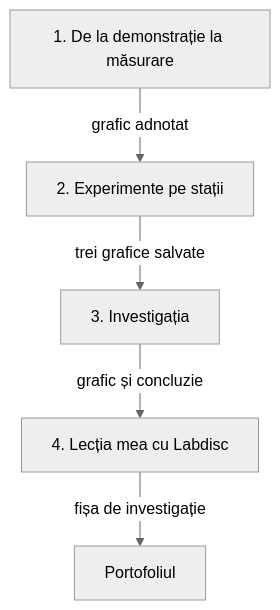
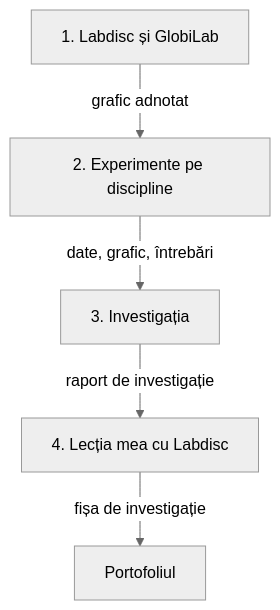
One commit to nudoarmetudor/ghid-labdisc changed the diagram in sursa/content/formare/index.md. Above: the diagram before and after it, drawn with Mermaid (neutral theme). The commit also changed other lines of this file and 31 other files, not shown here.

````diff
--- a/sursa/content/formare/index.md
+++ b/sursa/content/formare/index.md
@@ -13,7 +15,7 @@
 ```mermaid
 flowchart TD
-  S1["1. De la demonstrație la măsurare"] -->|"grafic adnotat"| S2["2. Experimente pe stații"]
-  S2 -->|"trei grafice salvate"| S3["3. Investigația"]
-  S3 -->|"grafic și concluzie"| S4["4. Lecția mea cu Labdisc"]
+  S1["1. Labdisc și GlobiLab"] -->|"grafic adnotat"| S2["2. Experimente pe discipline"]
+  S2 -->|"date, grafic, întrebări"| S3["3. Investigația"]
+  S3 -->|"raport de investigație"| S4["4. Lecția mea cu Labdisc"]
   S4 -->|"fișa de investigație"| P["Portofoliul"]
 ```
````
